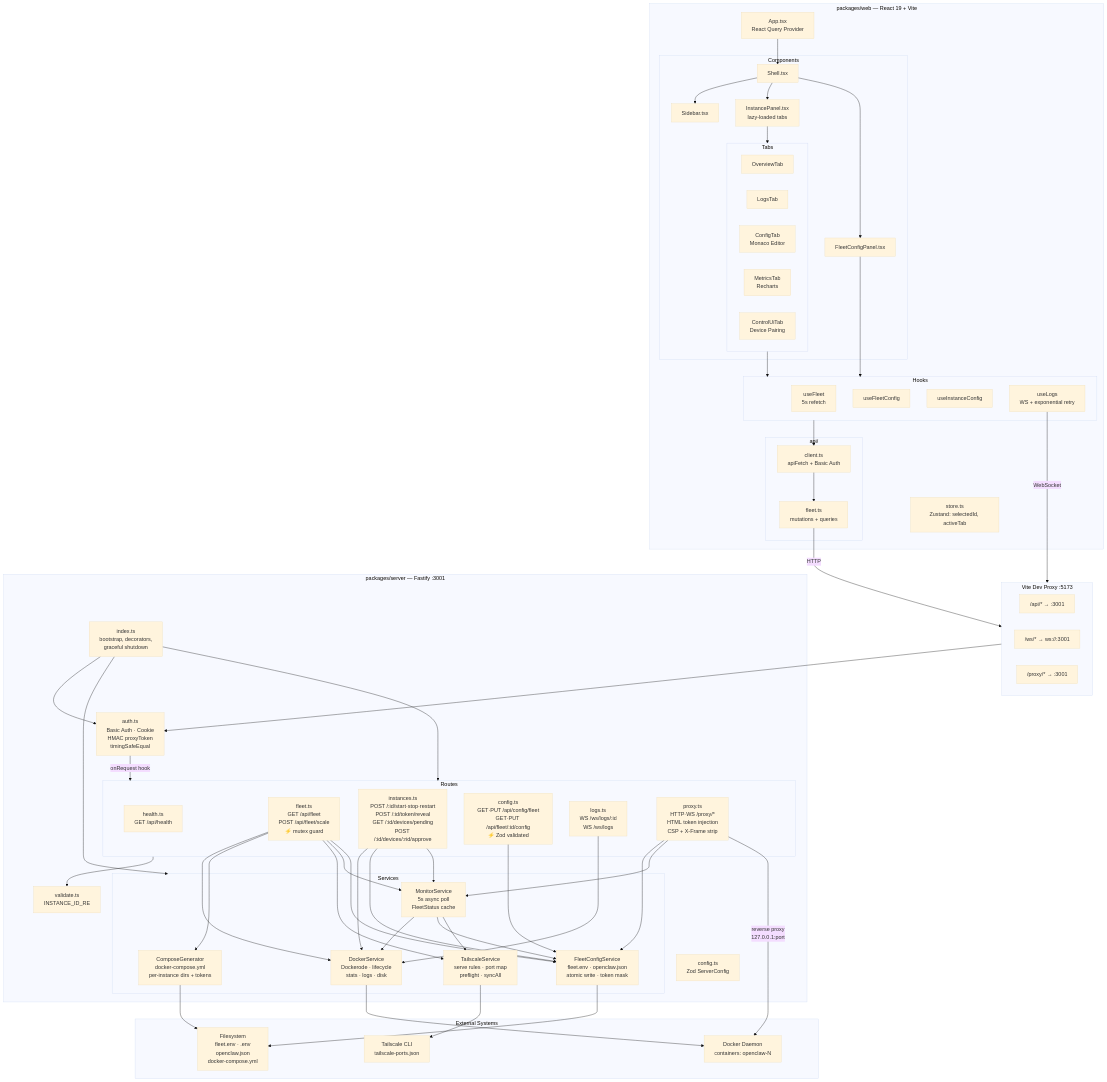
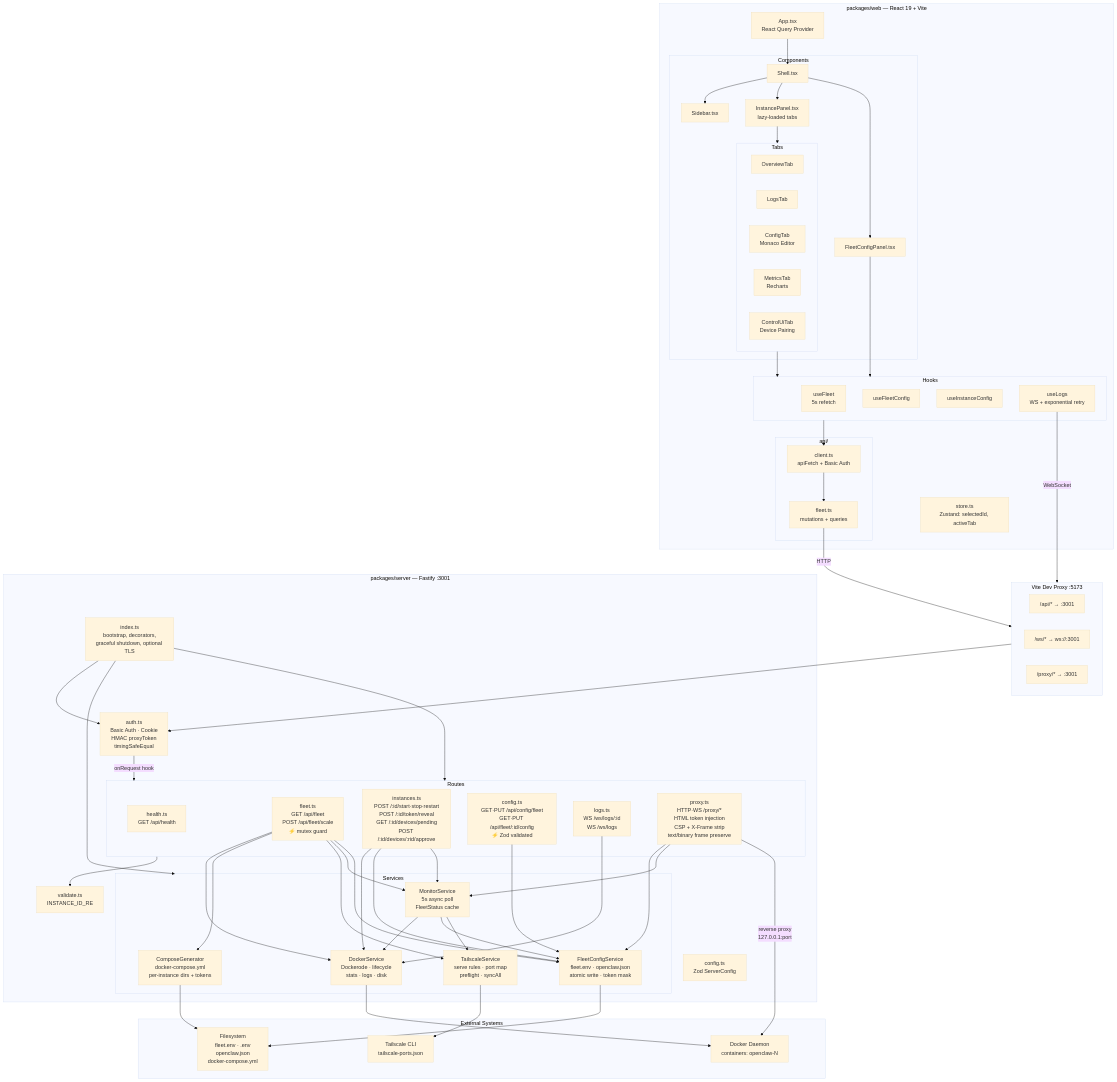
One commit to qiyuangong/claw-fleet-manager changed the diagram in docs/arch/README.md. Above: the diagram before and after it, drawn with Mermaid (base theme). The commit also changed other lines of this file and 3 other files, not shown here.

Commit message:
docs: update architecture docs for TLS and remote proxy access

```diff
--- a/docs/arch/README.md
+++ b/docs/arch/README.md
@@ -52,7 +52,7 @@
     end
 
     subgraph Server["packages/server — Fastify :3001"]
-        Index[index.ts<br/>bootstrap, decorators,<br/>graceful shutdown]
+        Index[index.ts<br/>bootstrap, decorators,<br/>graceful shutdown, optional TLS]
         Auth[auth.ts<br/>Basic Auth · Cookie<br/>HMAC proxyToken<br/>timingSafeEqual]
         Validate[validate.ts<br/>INSTANCE_ID_RE]
         Config[config.ts<br/>Zod ServerConfig]
@@ -63,7 +63,7 @@
             RInstances["instances.ts<br/>POST /:id/start·stop·restart<br/>POST /:id/token/reveal<br/>GET /:id/devices/pending<br/>POST /:id/devices/:rid/approve"]
             RConfig["config.ts<br/>GET·PUT /api/config/fleet<br/>GET·PUT /api/fleet/:id/config<br/>⚡ Zod validated"]
             RLogs["logs.ts<br/>WS /ws/logs/:id<br/>WS /ws/logs"]
-            RProxy["proxy.ts<br/>HTTP·WS /proxy/*<br/>HTML token injection<br/>CSP + X-Frame strip"]
+            RProxy["proxy.ts<br/>HTTP·WS /proxy/*<br/>HTML token injection<br/>CSP + X-Frame strip<br/>text/binary frame preserve"]
         end
 
         subgraph Services["Services"]
```
